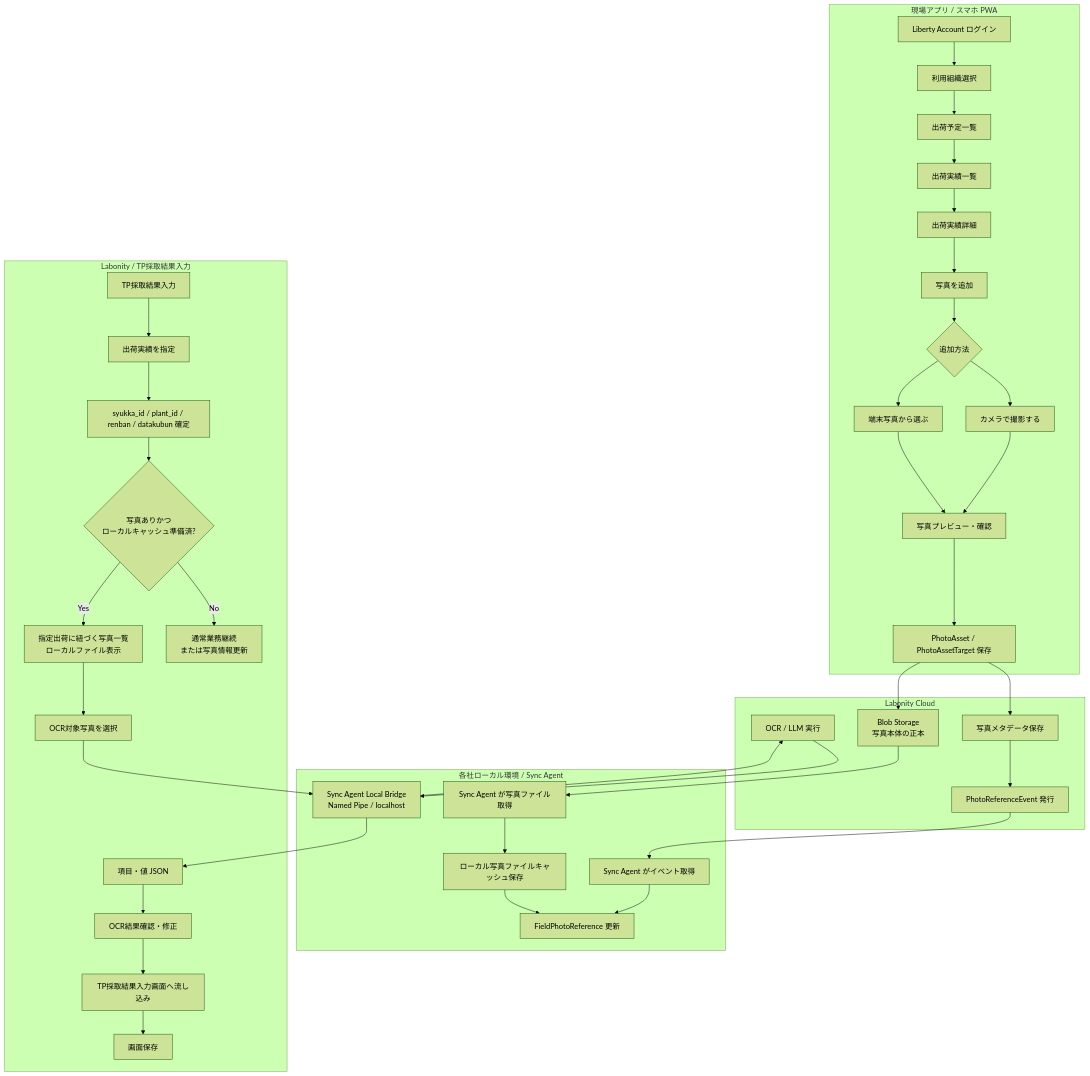
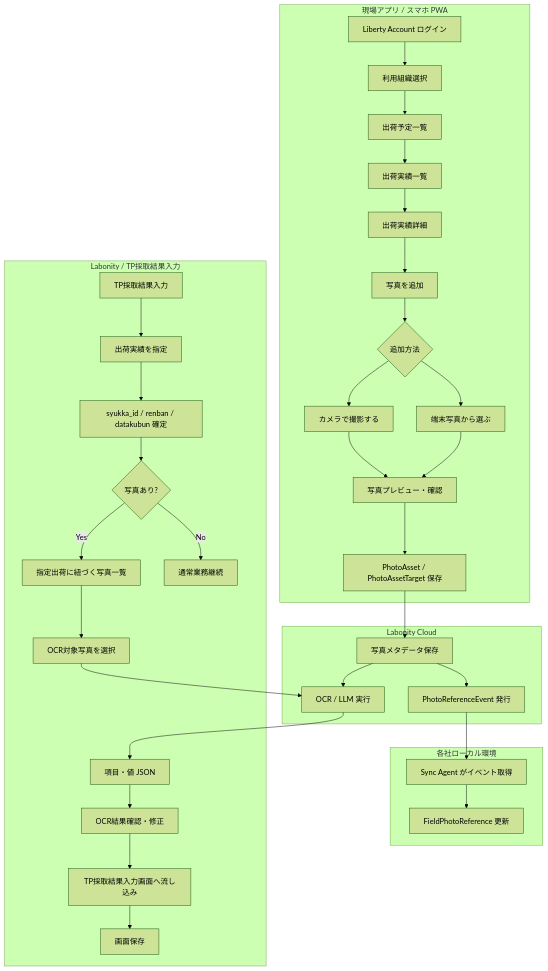
One commit to sakku0039/FieldTester changed the first of 4 diagrams in docs/Labonity用現場試験アプリ_設計書_v1.0.md. Above: the diagram before and after it, drawn with Mermaid (forest theme). The commit also changed other lines of this file, not shown here.

````diff
--- a/docs/Labonity用現場試験アプリ_設計書_v1.0.md
+++ b/docs/Labonity用現場試験アプリ_設計書_v1.0.md
@@ -186,48 +152,41 @@
 ```mermaid
 flowchart TD
     subgraph FieldApp["現場アプリ / スマホ PWA"]
         A["Liberty Account ログイン"] --> A0["利用組織選択"]
         A0 --> A1["出荷予定一覧"]
         A1 --> B["出荷実績一覧"]
         B --> C["出荷実績詳細"]
         C --> D["写真を追加"]
         D --> E{"追加方法"}
         E --> E1["カメラで撮影する"]
         E --> E2["端末写真から選ぶ"]
         E1 --> F["写真プレビュー・確認"]
         E2 --> F
         F --> G["PhotoAsset / PhotoAssetTarget 保存"]
     end
 
     subgraph Cloud["Labonity Cloud"]
         G --> C4["写真メタデータ保存"]
-        G --> Blob["Blob Storage\n写真本体の正本"]
         C4 --> C5["PhotoReferenceEvent 発行"]
-        OCR["OCR / LLM 実行"]
+        C4 --> OCR["OCR / LLM 実行"]
     end
 
-    subgraph Local["各社ローカル環境 / Sync Agent"]
+    subgraph Local["各社ローカル環境"]
         C5 --> L4["Sync Agent がイベント取得"]
-        Blob --> L6["Sync Agent が写真ファイル取得"]
         L4 --> L5["FieldPhotoReference 更新"]
-        L6 --> L7["ローカル写真ファイルキャッシュ保存"]
-        L7 --> L5
-        LocalBridge["Sync Agent Local Bridge\nNamed Pipe / localhost"]
     end
 
     subgraph Labonity["Labonity / TP採取結果入力"]
         H["TP採取結果入力"] --> I["出荷実績を指定"]
-        I --> J["syukka_id / plant_id / renban / datakubun 確定"]
-        J --> K{"写真ありかつ\nローカルキャッシュ準備済?"}
-        K -- Yes --> L["指定出荷に紐づく写真一覧\nローカルファイル表示"]
-        K -- No --> M["通常業務継続\nまたは写真情報更新"]
+        I --> J["syukka_id / renban / datakubun 確定"]
+        J --> K{"写真あり?"}
+        K -- Yes --> L["指定出荷に紐づく写真一覧"]
+        K -- No --> M["通常業務継続"]
         L --> N["OCR対象写真を選択"]
-        N --> LocalBridge
-        LocalBridge --> OCR
-        OCR --> LocalBridge
-        LocalBridge --> P["項目・値 JSON"]
+        N --> OCR
+        OCR --> P["項目・値 JSON"]
         P --> Q["OCR結果確認・修正"]
         Q --> R["TP採取結果入力画面へ流し込み"]
         R --> S["画面保存"]
     end
 ```
````
